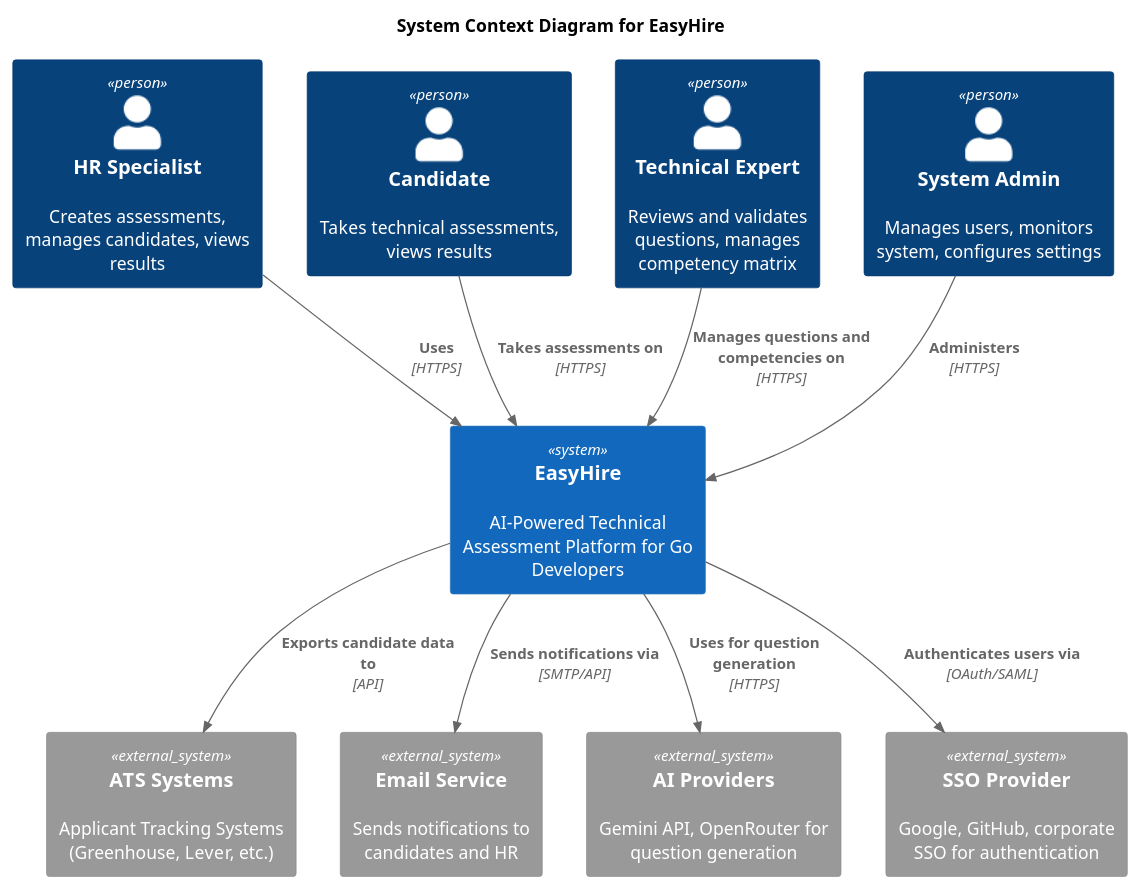
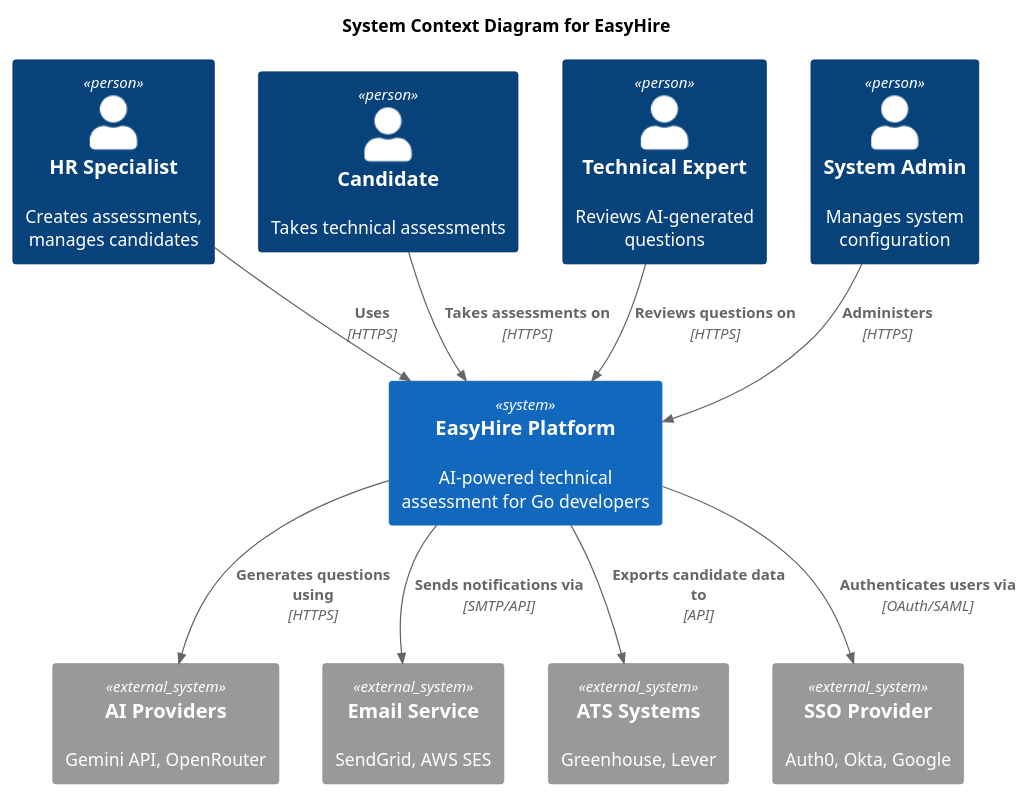
One commit to dmsus/easyHire changed the diagram in docs/architecture/diagrams/level1-context.puml. Above: the diagram before and after it, drawn with PlantUML. The commit also changed 15 other files, not shown here.

First line of the commit message:
feat: complete Task #4 - C4 system architecture diagrams

```diff
--- a/docs/architecture/diagrams/level1-context.puml
+++ b/docs/architecture/diagrams/level1-context.puml
@@ -1,28 +1,28 @@
-@startuml Level1_SystemContext
+@startuml
 !include https://raw.githubusercontent.com/plantuml-stdlib/C4-PlantUML/master/C4_Context.puml
 
 title System Context Diagram for EasyHire
 
-Person(hr, "HR Specialist", "Creates assessments, manages candidates, views results")
-Person(candidate, "Candidate", "Takes technical assessments, views results")
-Person(tech_expert, "Technical Expert", "Reviews and validates questions, manages competency matrix")
-Person(admin, "System Admin", "Manages users, monitors system, configures settings")
+Person(hr, "HR Specialist", "Creates assessments, manages candidates")
+Person(candidate, "Candidate", "Takes technical assessments")
+Person(tech_expert, "Technical Expert", "Reviews AI-generated questions")
+Person(admin, "System Admin", "Manages system configuration")
 
-System(easyhire, "EasyHire", "AI-Powered Technical Assessment Platform for Go Developers")
+System(easyhire, "EasyHire Platform", "AI-powered technical assessment for Go developers")
 
-System_Ext(ats, "ATS Systems", "Applicant Tracking Systems (Greenhouse, Lever, etc.)")
-System_Ext(email, "Email Service", "Sends notifications to candidates and HR")
-System_Ext(ai_providers, "AI Providers", "Gemini API, OpenRouter for question generation")
-System_Ext(sso, "SSO Provider", "Google, GitHub, corporate SSO for authentication")
+System_Ext(ai_providers, "AI Providers", "Gemini API, OpenRouter")
+System_Ext(email, "Email Service", "SendGrid, AWS SES")
+System_Ext(ats, "ATS Systems", "Greenhouse, Lever")
+System_Ext(sso, "SSO Provider", "Auth0, Okta, Google")
 
 Rel(hr, easyhire, "Uses", "HTTPS")
 Rel(candidate, easyhire, "Takes assessments on", "HTTPS")
-Rel(tech_expert, easyhire, "Manages questions and competencies on", "HTTPS")
+Rel(tech_expert, easyhire, "Reviews questions on", "HTTPS")
 Rel(admin, easyhire, "Administers", "HTTPS")
 
+Rel(easyhire, ai_providers, "Generates questions using", "HTTPS")
+Rel(easyhire, email, "Sends notifications via", "SMTP/API")
 Rel(easyhire, ats, "Exports candidate data to", "API")
-Rel(easyhire, email, "Sends notifications via", "SMTP/API")
-Rel(easyhire, ai_providers, "Uses for question generation", "HTTPS")
 Rel(easyhire, sso, "Authenticates users via", "OAuth/SAML")
 
 @enduml
```
